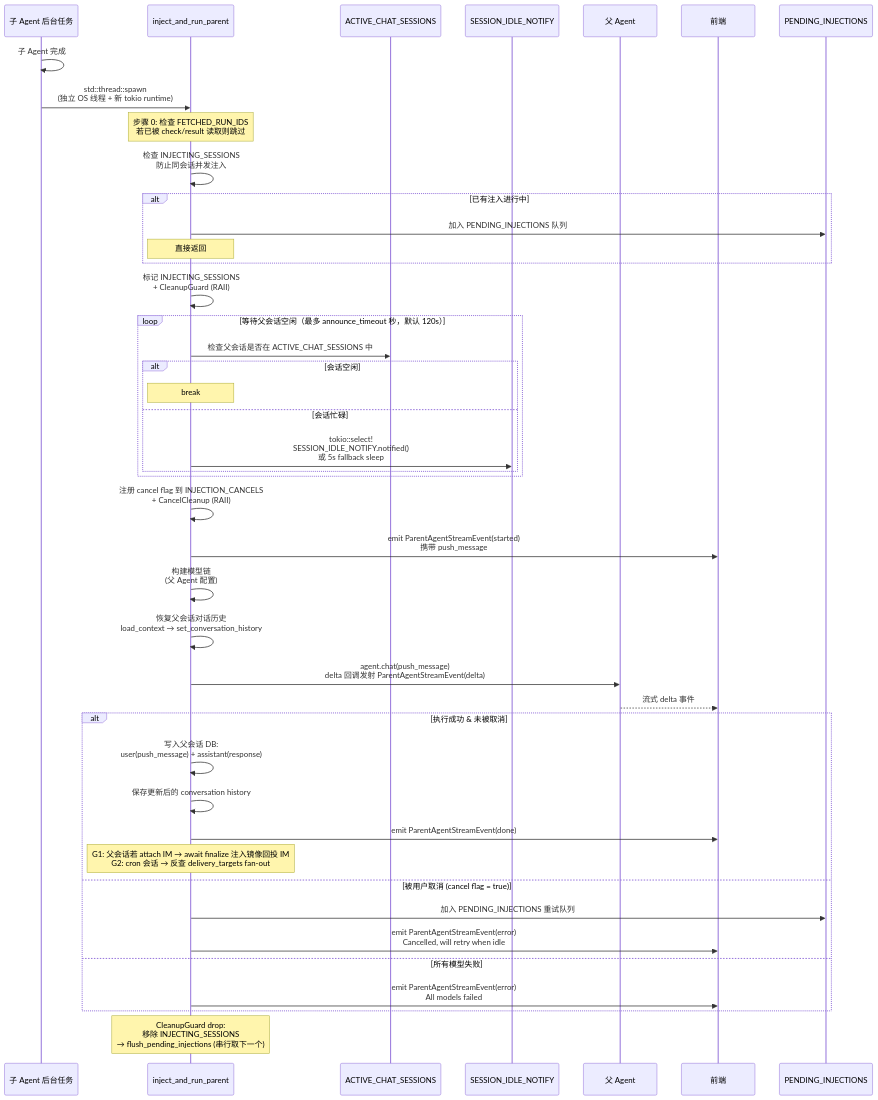
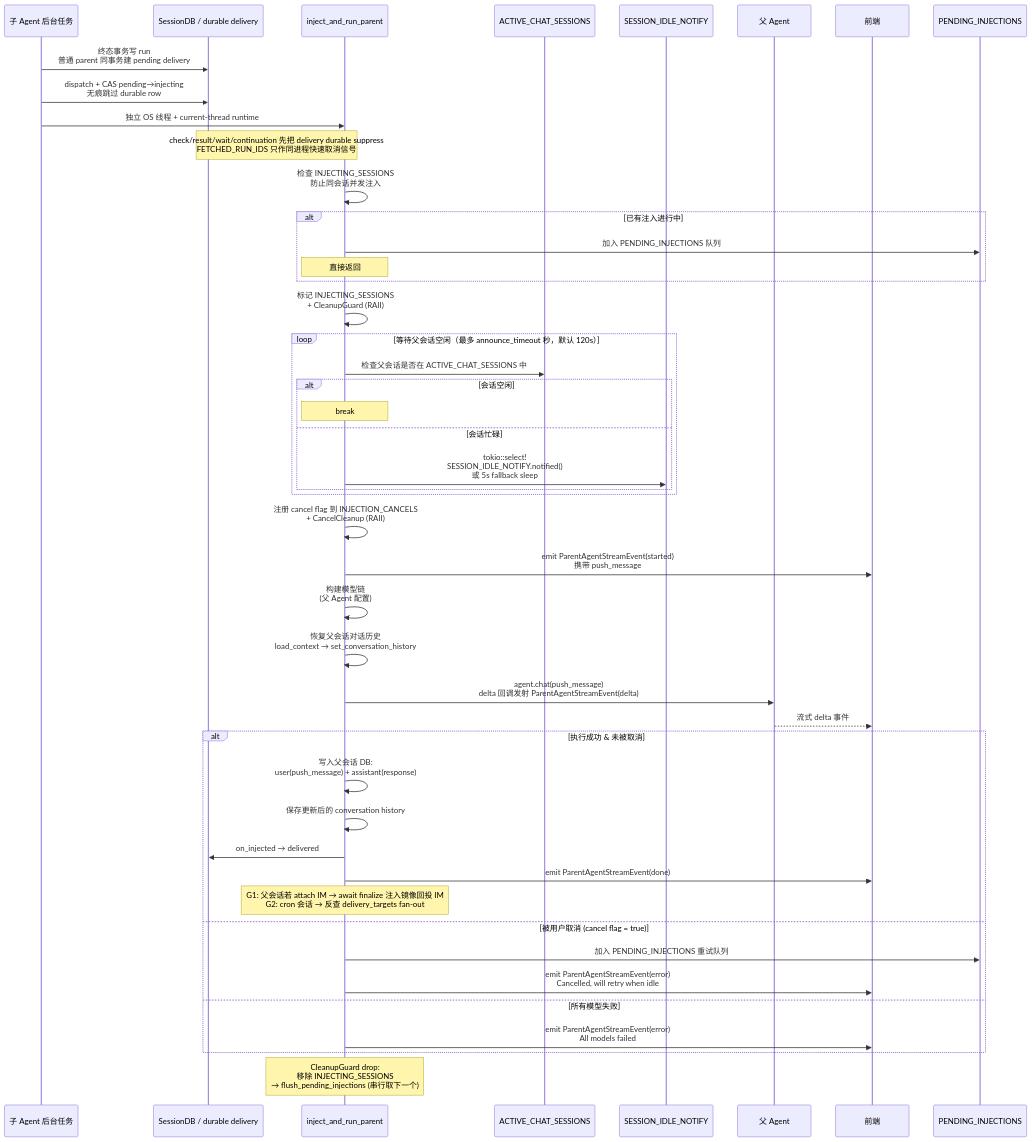
Before and after one commit to shiwenwen/hope-agent: the third of 3 diagrams in docs/architecture/subagent.md, drawn with Mermaid. The commit also changed other lines of this file and 14 other files, not shown here.

````diff
--- a/docs/architecture/subagent.md
+++ b/docs/architecture/subagent.md
@@ -212,55 +248,58 @@
 ```mermaid
 sequenceDiagram
     participant Sub as 子 Agent 后台任务
+    participant DB as SessionDB / durable delivery
     participant Inj as inject_and_run_parent
     participant ACS as ACTIVE_CHAT_SESSIONS
     participant Notify as SESSION_IDLE_NOTIFY
     participant Parent as 父 Agent
     participant FE as 前端
     participant Queue as PENDING_INJECTIONS
 
-    Sub->>Sub: 子 Agent 完成
-    Sub->>Inj: std::thread::spawn<br/>(独立 OS 线程 + 新 tokio runtime)
+    Sub->>DB: 终态事务写 run<br/>普通 parent 同事务建 pending delivery
+    Sub->>DB: dispatch + CAS pending→injecting<br/>无痕跳过 durable row
+    Sub->>Inj: 独立 OS 线程 + current-thread runtime
 
-    Note over Inj: 步骤 0: 检查 FETCHED_RUN_IDS<br/>若已被 check/result 读取则跳过
+    Note over DB,Inj: check/result/wait/continuation 先把 delivery durable suppress<br/>FETCHED_RUN_IDS 只作同进程快速取消信号
 
     Inj->>Inj: 检查 INJECTING_SESSIONS<br/>防止同会话并发注入
     alt 已有注入进行中
         Inj->>Queue: 加入 PENDING_INJECTIONS 队列
         Note over Inj: 直接返回
     end
 
     Inj->>Inj: 标记 INJECTING_SESSIONS<br/>+ CleanupGuard (RAII)
 
     loop 等待父会话空闲（最多 announce_timeout 秒，默认 120s）
         Inj->>ACS: 检查父会话是否在 ACTIVE_CHAT_SESSIONS 中
         alt 会话空闲
             Note over Inj: break
         else 会话忙碌
             Inj->>Notify: tokio::select!<br/>SESSION_IDLE_NOTIFY.notified()<br/>或 5s fallback sleep
         end
     end
 
     Inj->>Inj: 注册 cancel flag 到 INJECTION_CANCELS<br/>+ CancelCleanup (RAII)
     Inj->>FE: emit ParentAgentStreamEvent(started)<br/>携带 push_message
 
     Inj->>Inj: 构建模型链<br/>(父 Agent 配置)
     Inj->>Inj: 恢复父会话对话历史<br/>load_context → set_conversation_history
 
     Inj->>Parent: agent.chat(push_message)<br/>delta 回调发射 ParentAgentStreamEvent(delta)
     Parent-->>FE: 流式 delta 事件
 
     alt 执行成功 & 未被取消
         Inj->>Inj: 写入父会话 DB:<br/>user(push_message) + assistant(response)
         Inj->>Inj: 保存更新后的 conversation history
+        Inj->>DB: on_injected → delivered
         Inj->>FE: emit ParentAgentStreamEvent(done)
         Note over Inj: G1: 父会话若 attach IM → await finalize 注入镜像回投 IM<br/>G2: cron 会话 → 反查 delivery_targets fan-out
     else 被用户取消 (cancel flag = true)
         Inj->>Queue: 加入 PENDING_INJECTIONS 重试队列
         Inj->>FE: emit ParentAgentStreamEvent(error)<br/>Cancelled, will retry when idle
     else 所有模型失败
         Inj->>FE: emit ParentAgentStreamEvent(error)<br/>All models failed
     end
 
     Note over Inj: CleanupGuard drop:<br/>移除 INJECTING_SESSIONS<br/>→ flush_pending_injections (串行取下一个)
 ```
````
